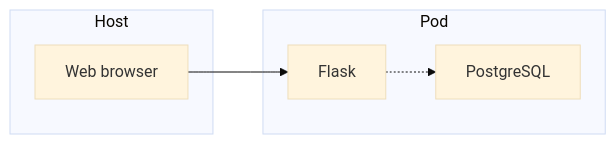
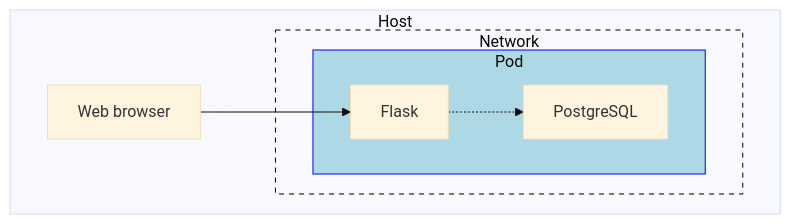
The first of 2 diagrams in source/k8s-network.rst (rgaiacs/rse-podman-tutorial), drawn with Mermaid (base theme) before and after one commit. The commit also changed other lines of this file and 1 other file, not shown here.

Commit message:
Expand section about network

```diff
--- a/source/k8s-network.rst
+++ b/source/k8s-network.rst
@@ -6,17 +9,29 @@
 .. mermaid::
-   :align: center
-   :alt: Diagram of network.
-   :caption: Diagram of network.
+    :align: center
+    :alt: Diagram of containers running on the same pod.
+    :caption: Diagram of containers running on the same pod.
 
-    graph LR;
-        browser[Web browser] --> flask[Flask];
-        flask .-> postgres[PostgreSQL];
-
+    flowchart 
         subgraph pod[Pod]
         flask
         postgres
         end
 
+        subgraph network[Network]
+        pod
+        end
+
         subgraph host[Host]
         browser
+        network
+        pod
         end
+
+        browser[Web browser] --> flask[Flask];
+        flask .-> postgres[PostgreSQL];
+
+        classDef classPod fill:lightblue,stroke:blue
+        class pod classPod;
+
+        classDef classNetwork stroke:black,stroke-dasharray: 5 5
+        class network classNetwork;
```
